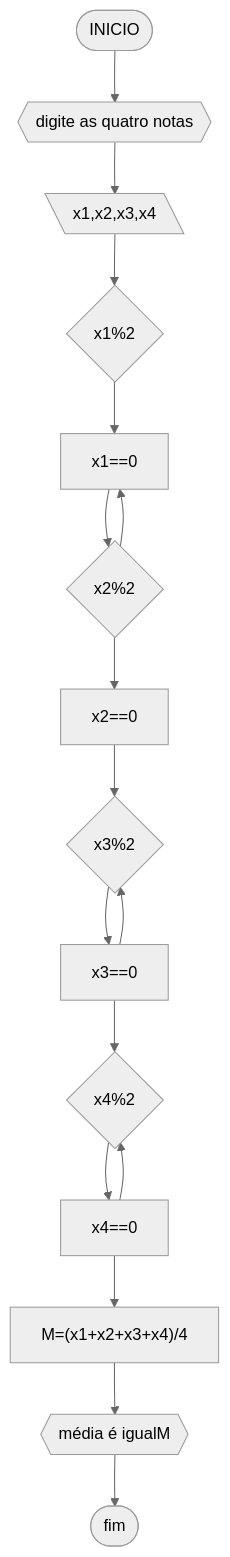
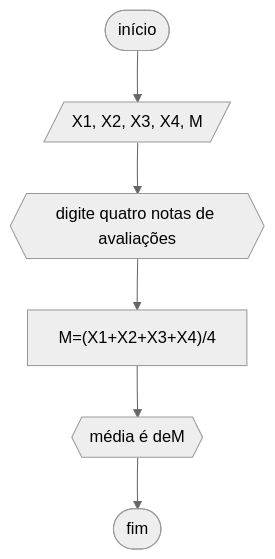
Before and after one commit to yeesusu/UNIFOR: the second of 5 diagrams in RLA/Unid1/RLA3/lista2.md, drawn with Mermaid (neutral theme). The commit also changed other lines of this file, not shown here.

````diff
--- a/RLA/Unid1/RLA3/lista2.md
+++ b/RLA/Unid1/RLA3/lista2.md
@@ -56,19 +56,8 @@
 ```mermaid
 flowchart TD
-A([INICIO]) -->B{{"digite as quatro notas"}}
-B-->C[\x1,x2,x3,x4\]
-C-->D{x1%2}
-D-->E[x1==0]
-E-->F{x2%2}
-F-->G[x2==0]
-F-->E
-G-->H{x3%2}
-H-->I[x3==0]
-I-->H
-I-->J{x4%2}
-J-->K[x4==0]
-K-->J
-K-->L["M=(x1+x2+x3+x4)/4"]
-L-->N{{"média é igual"M}}
-N-->Z([fim])
+A([início])-->B[/X1, X2, X3, X4,  M/]
+B-->C{{"digite quatro notas de avaliações"}}
+C-->D["M=(X1+X2+X3+X4)/4"]
+D-->F{{"média é de"M}}
+F-->Z([fim])
 ```
````
